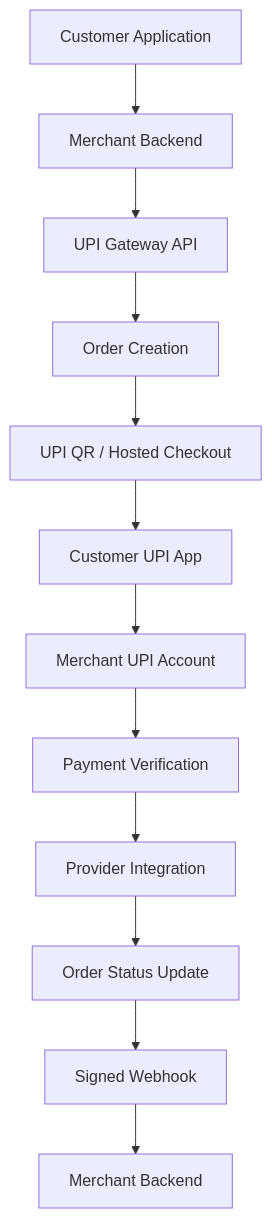
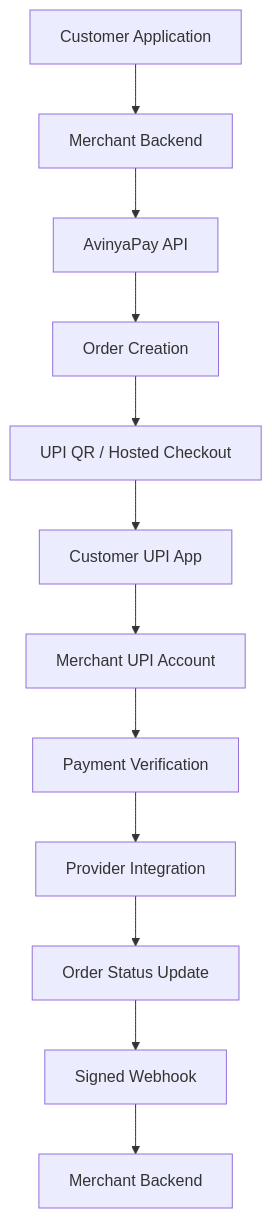
Before and after one commit to darkwing-09/avinya_pay: the diagram in README.md, drawn with Mermaid. The commit also changed other lines of this file and 20 other files, not shown here.

Commit message:
Rebrand to AvinyaPay and remove all contributor references

````diff
--- a/README.md
+++ b/README.md
@@ -247,14 +208,14 @@
 ```mermaid
 flowchart TD
     A[Customer Application] --> B[Merchant Backend]
-    B --> C[UPI Gateway API]
+    B --> C[AvinyaPay API]
     C --> D[Order Creation]
     D --> E[UPI QR / Hosted Checkout]
     E --> F[Customer UPI App]
     F --> G[Merchant UPI Account]
     G --> H[Payment Verification]
     H --> I[Provider Integration]
     I --> J[Order Status Update]
     J --> K[Signed Webhook]
     K --> L[Merchant Backend]
 ```
````
